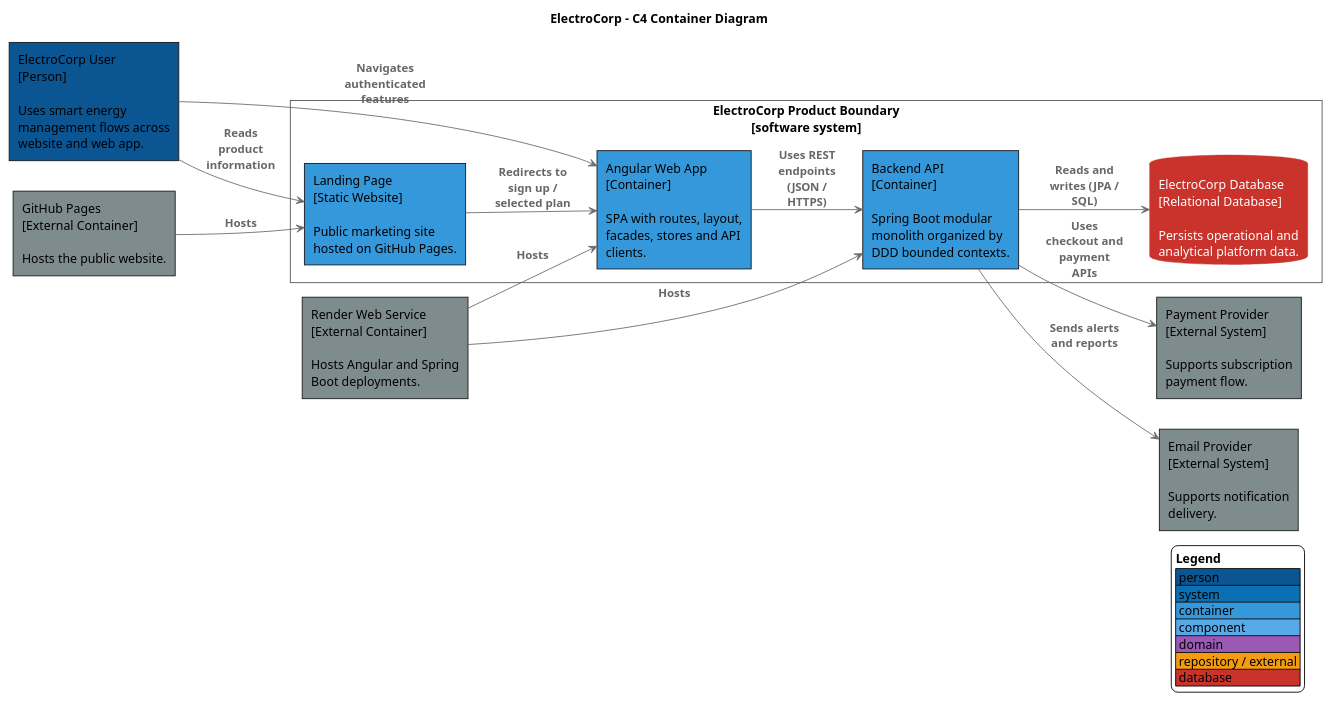
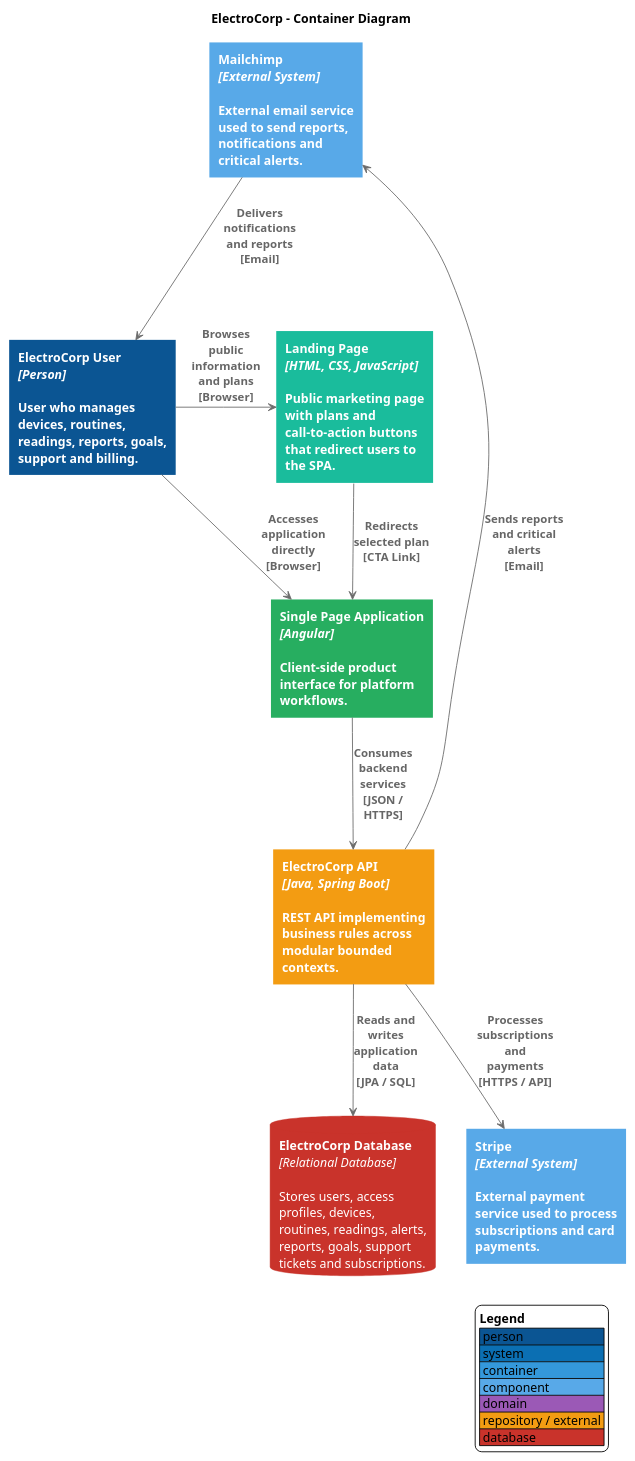
The diagram in docs/diagrams/container/electrocorp-container-diagram.puml (upc-pre-202610-1asi0729-11896-ecorp/electrocorp-report), drawn with PlantUML before and after one commit. The commit also changed 22 other files, not shown here.

Commit message:
style(docs): redesign c4 diagrams with visual ui layout

```diff
--- a/docs/diagrams/container/electrocorp-container-diagram.puml
+++ b/docs/diagrams/container/electrocorp-container-diagram.puml
@@ -1,59 +1,55 @@
 @startuml
 skinparam backgroundColor #FFFFFF
 skinparam shadowing false
 skinparam defaultFontName Arial
-skinparam wrapWidth 180
+skinparam wrapWidth 170
 skinparam maxMessageSize 90
 skinparam ArrowColor #6B6B6B
 skinparam ArrowFontColor #666666
 skinparam ArrowFontStyle bold
 skinparam rectangleRoundCorner 0
-skinparam rectangleBorderThickness 1
+skinparam rectangleBorderThickness 0
+skinparam rectangleFontColor #FFFFFF
+skinparam rectangleFontStyle bold
 skinparam packageStyle rectangle
 skinparam packageBorderColor #555555
 skinparam packageBackgroundColor transparent
 skinparam packageFontColor #444444
 skinparam packageFontStyle bold
 skinparam databaseBackgroundColor #C9332B
 skinparam databaseBorderColor #C9332B
 skinparam databaseFontColor #FFFFFF
 hide stereotype
-title ElectroCorp - C4 Container Diagram
-left to right direction
+title ElectroCorp - Container Diagram
+top to bottom direction
 
+rectangle "<b>ElectroCorp User</b>\n<i>[Person]</i>\n\nUser who manages devices, routines, readings, reports, goals, support and billing." as User #0B5593
+rectangle "<b>Mailchimp</b>\n<i>[External System]</i>\n\nExternal email service used to send reports, notifications and critical alerts." as Mailchimp #58A9E8
+rectangle "<b>Stripe</b>\n<i>[External System]</i>\n\nExternal payment service used to process subscriptions and card payments." as Stripe #58A9E8
 
-rectangle "ElectroCorp User\n[Person]\n\nUses smart energy management flows across website and web app." as User #0B5593
-
-package "ElectroCorp Product Boundary\n[software system]" {
-  rectangle "Landing Page\n[Static Website]\n\nPublic marketing site hosted on GitHub Pages." as Website #3498DB
-  rectangle "Angular Web App\n[Container]\n\nSPA with routes, layout, facades, stores and API clients." as Spa #3498DB
-  rectangle "Backend API\n[Container]\n\nSpring Boot modular monolith organized by DDD bounded contexts." as Api #3498DB
-  database "ElectroCorp Database\n[Relational Database]\n\nPersists operational and analytical platform data." as Db
+package "ElectroCorp System\n[system]" {
+  rectangle "<b>Landing Page</b>\n<i>[HTML, CSS, JavaScript]</i>\n\nPublic marketing page with plans and call-to-action buttons that redirect users to the SPA." as Landing #1ABC9C
+  rectangle "<b>Single Page Application</b>\n<i>[Angular]</i>\n\nClient-side product interface for platform workflows." as Spa #27AE60
+  rectangle "<b>ElectroCorp API</b>\n<i>[Java, Spring Boot]</i>\n\nREST API implementing business rules across modular bounded contexts." as Api #F39C12
+  database "<b>ElectroCorp Database</b>\n<i>[Relational Database]</i>\n\nStores users, access profiles, devices, routines, readings, alerts, reports, goals, support tickets and subscriptions." as Database
 }
 
-rectangle "GitHub Pages\n[External Container]\n\nHosts the public website." as GithubPages #7F8C8D
-rectangle "Render Web Service\n[External Container]\n\nHosts Angular and Spring Boot deployments." as RenderWeb #7F8C8D
-rectangle "Payment Provider\n[External System]\n\nSupports subscription payment flow." as Payment #7F8C8D
-rectangle "Email Provider\n[External System]\n\nSupports notification delivery." as Mail #7F8C8D
-
-User --> Website : Reads product information
-Website --> Spa : Redirects to sign up / selected plan
-User --> Spa : Navigates authenticated features
-Spa --> Api : Uses REST endpoints (JSON / HTTPS)
-Api --> Db : Reads and writes (JPA / SQL)
-Api --> Payment : Uses checkout and payment APIs
-Api --> Mail : Sends alerts and reports
-GithubPages --> Website : Hosts
-RenderWeb --> Spa : Hosts
-RenderWeb --> Api : Hosts
+User --> Landing : Browses public information\nand plans\n[Browser]
+User --> Spa : Accesses application\ndirectly\n[Browser]
+Landing --> Spa : Redirects selected plan\n[CTA Link]
+Spa --> Api : Consumes backend services\n[JSON / HTTPS]
+Api --> Database : Reads and writes application\ndata\n[JPA / SQL]
+Api --> Stripe : Processes subscriptions\nand payments\n[HTTPS / API]
+Api --> Mailchimp : Sends reports and critical\nalerts\n[Email]
+Mailchimp --> User : Delivers notifications\nand reports\n[Email]
 legend right
   <b>Legend</b>
   |<#0B5593> person |
   |<#0B6FB3> system |
   |<#3498DB> container |
   |<#58A9E8> component |
   |<#9B59B6> domain |
   |<#F39C12> repository / external |
   |<#C9332B> database |
 endlegend
 @enduml
```
